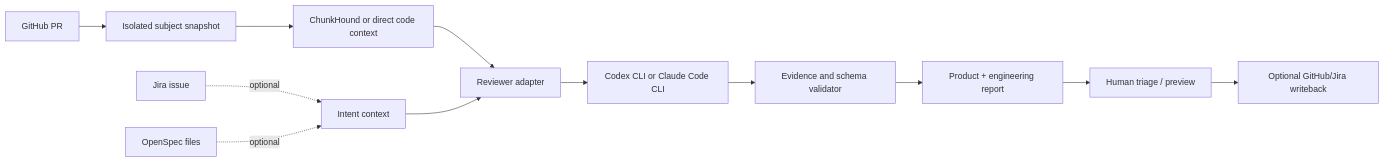
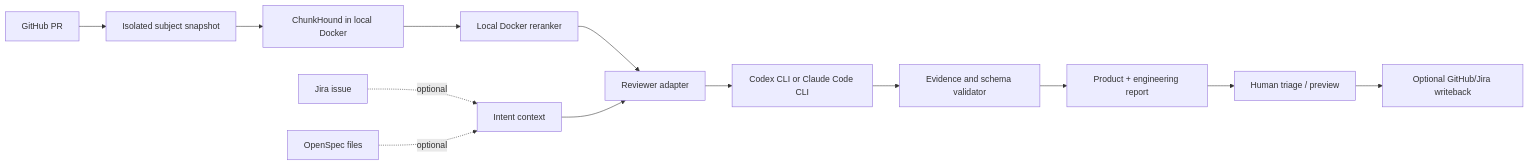
One commit to Bug03/specbridge changed the diagram in docs/implementation-plan.md. Above: the diagram before and after it, drawn with Mermaid. The commit also changed other lines of this file and 16 other files, not shown here.

````diff
--- a/docs/implementation-plan.md
+++ b/docs/implementation-plan.md
@@ -22,14 +23,15 @@
 ```mermaid
 flowchart LR
   R[GitHub PR] --> S[Isolated subject snapshot]
-  S --> I[ChunkHound or direct code context]
+  S --> I[ChunkHound in local Docker]
+  I --> RR[Local Docker reranker]
   J[Jira issue] -. optional .-> C[Intent context]
   O[OpenSpec files] -. optional .-> C
-  I --> A[Reviewer adapter]
+  RR --> A[Reviewer adapter]
   C --> A
   A --> X[Codex CLI or Claude Code CLI]
   X --> V[Evidence and schema validator]
   V --> P[Product + engineering report]
   P --> H[Human triage / preview]
   H --> G[Optional GitHub/Jira writeback]
 ```
````
